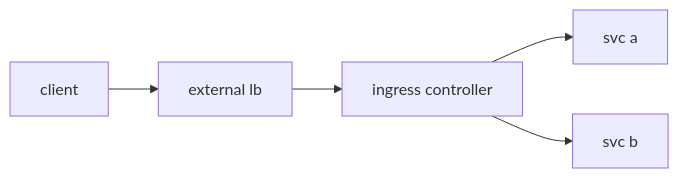
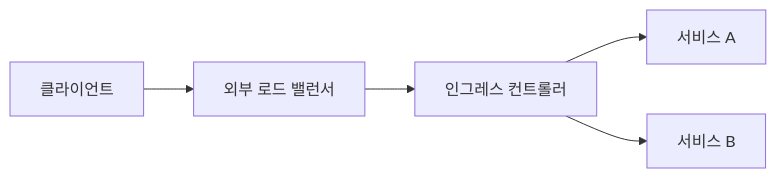
Before and after one commit to yeongseon-books/book-content: the diagram in content/kubernetes-101/ko/05-ingress.md, drawn with Mermaid. The commit also changed other lines of this file and 4 other files, not shown here.

````diff
--- a/content/kubernetes-101/ko/05-ingress.md
+++ b/content/kubernetes-101/ko/05-ingress.md
@@ -33,7 +49,7 @@
 ```mermaid
 flowchart LR
-    User["client"] --> LB["external lb"]
-    LB --> IC["ingress controller"]
-    IC --> S1["svc a"]
-    IC --> S2["svc b"]
+    User["클라이언트"] --> LB["외부 로드 밸런서"]
+    LB --> IC["인그레스 컨트롤러"]
+    IC --> S1["서비스 A"]
+    IC --> S2["서비스 B"]
 ```
````
